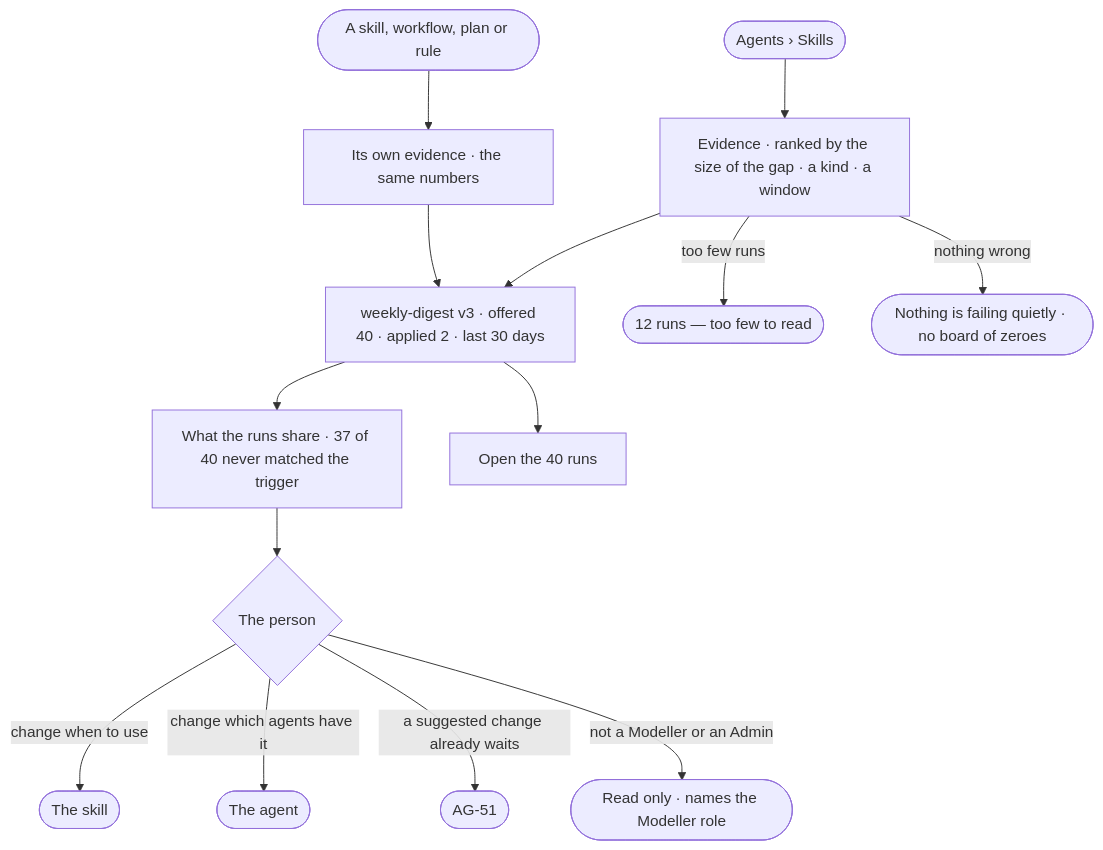
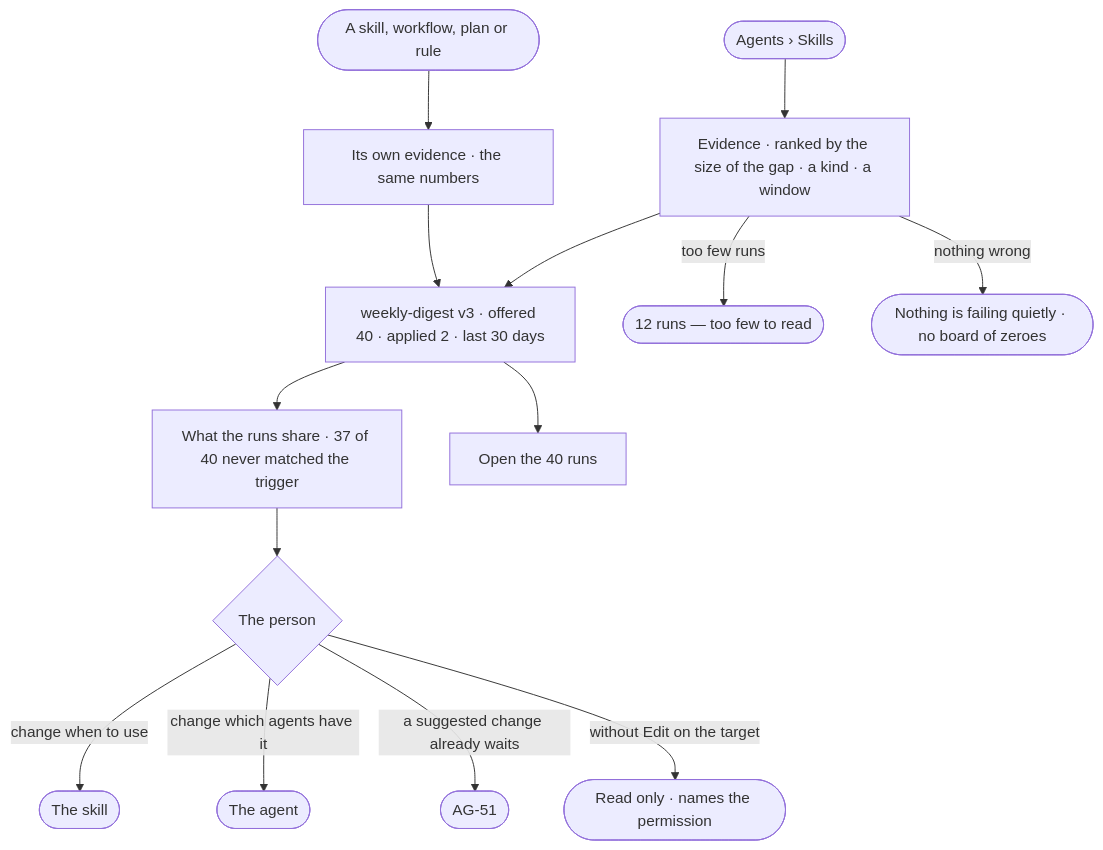
One commit to invana/invana changed the diagram in specs/capabilities/agents/features/AG-F09-learn-from-memory/stories/AG-49-see-what-is-failing-quietly/story.md. Above: the diagram before and after it, drawn with Mermaid. The commit also changed other lines of this file and 228 other files, not shown here.

````diff
--- a/specs/capabilities/agents/features/AG-F09-learn-from-memory/stories/AG-49-see-what-is-failing-quietly/story.md
+++ b/specs/capabilities/agents/features/AG-F09-learn-from-memory/stories/AG-49-see-what-is-failing-quietly/story.md
@@ -29,16 +29,16 @@
 ```mermaid
 flowchart TD
   a([Agents › Skills]) --> e["Evidence · ranked by the size of the gap · a kind · a window"]
   s([A skill, workflow, plan or rule]) --> e2["Its own evidence · the same numbers"]
   e --> c["weekly-digest v3 · offered 40 · applied 2 · last 30 days"]
   e2 --> c
   c --> sh["What the runs share · 37 of 40 never matched the trigger"]
   c --> r["Open the 40 runs"]
   sh --> d{The person}
   d -->|change when to use| sk(["The skill"])
   d -->|change which agents have it| ag(["The agent"])
   d -->|a suggested change already waits| sg(["AG-51"])
-  d -->|not a Modeller or an Admin| ro(["Read only · names the Modeller role"])
+  d -->|without Edit on the target| ro(["Read only · names the permission"])
   e -->|too few runs| few(["12 runs — too few to read"])
   e -->|nothing wrong| ok(["Nothing is failing quietly · no board of zeroes"])
 ```
````
